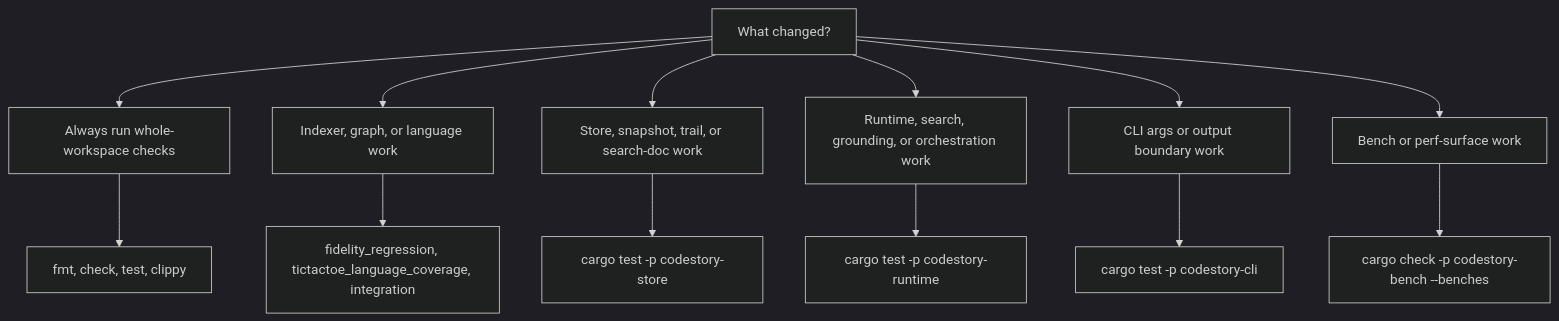
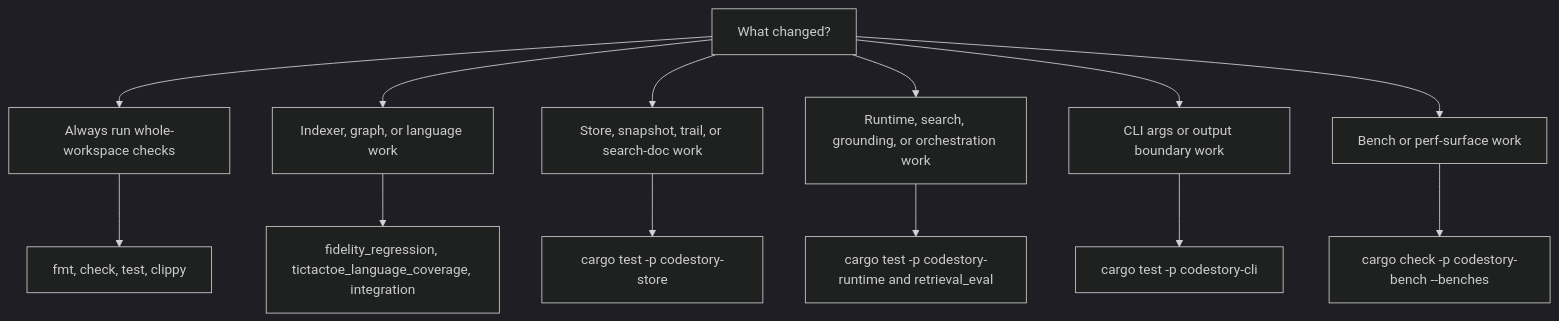
Before and after one commit to TheGreenCedar/CodeStory: the diagram in docs/contributors/testing-matrix.md, drawn with Mermaid (dark theme). The commit also changed other lines of this file and 21 other files, not shown here.

````diff
--- a/docs/contributors/testing-matrix.md
+++ b/docs/contributors/testing-matrix.md
@@ -3,15 +3,15 @@
 ```mermaid
 flowchart TD
     change["What changed?"] --> always["Always run whole-workspace checks"]
     change --> indexer["Indexer, graph, or language work"]
     change --> store["Store, snapshot, trail, or search-doc work"]
     change --> runtime["Runtime, search, grounding, or orchestration work"]
     change --> cli["CLI args or output boundary work"]
     change --> bench["Bench or perf-surface work"]
     always --> workspace["fmt, check, test, clippy"]
     indexer --> fidelity["fidelity_regression, tictactoe_language_coverage, integration"]
     store --> store_tests["cargo test -p codestory-store"]
-    runtime --> runtime_tests["cargo test -p codestory-runtime"]
+    runtime --> runtime_tests["cargo test -p codestory-runtime and retrieval_eval"]
     cli --> cli_tests["cargo test -p codestory-cli"]
     bench --> bench_checks["cargo check -p codestory-bench --benches"]
 ```
````
